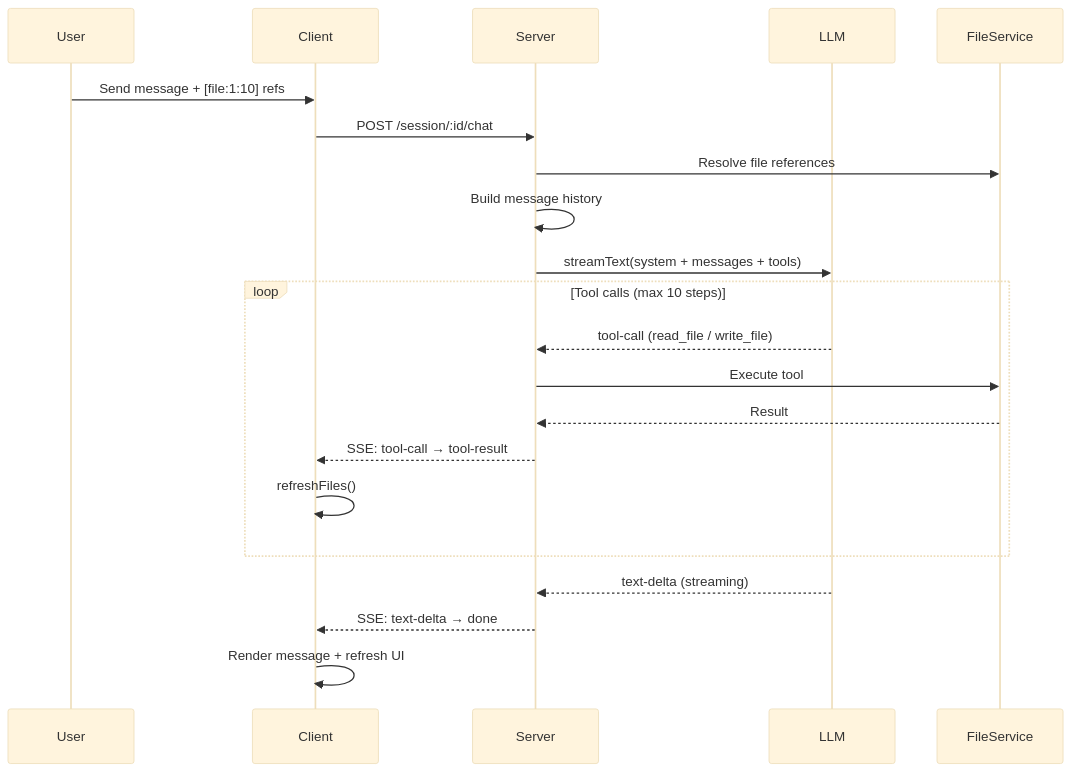
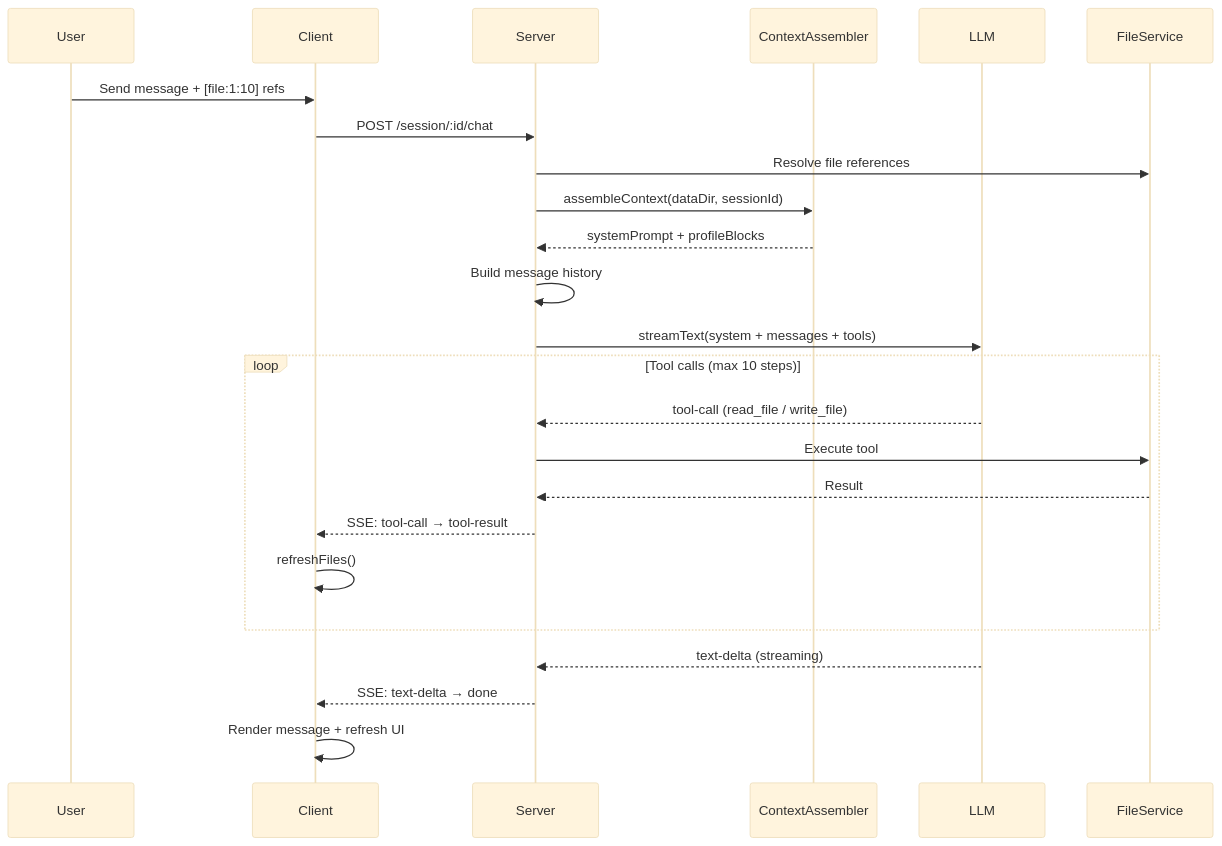
Before and after one commit to albert-zen/AgentTeacher-Tutor: the second of 4 diagrams in ARCHITECTURE.md, drawn with Mermaid (base theme). The commit also changed other lines of this file and 1 other file, not shown here.

Commit message:
docs: delete TEST_SPEC.md, update ARCHITECTURE.md to reflect current state

````diff
--- a/ARCHITECTURE.md
+++ b/ARCHITECTURE.md
@@ -55,26 +61,29 @@
 ```mermaid
 sequenceDiagram
     participant U as User
     participant C as Client
     participant S as Server
+    participant CA as ContextAssembler
     participant L as LLM
     participant F as FileService
 
     U->>C: Send message + [file:1:10] refs
     C->>S: POST /session/:id/chat
     S->>F: Resolve file references
+    S->>CA: assembleContext(dataDir, sessionId)
+    CA-->>S: systemPrompt + profileBlocks
     S->>S: Build message history
     S->>L: streamText(system + messages + tools)
 
     loop Tool calls (max 10 steps)
         L-->>S: tool-call (read_file / write_file)
         S->>F: Execute tool
         F-->>S: Result
         S-->>C: SSE: tool-call → tool-result
         C->>C: refreshFiles()
     end
 
     L-->>S: text-delta (streaming)
     S-->>C: SSE: text-delta → done
     C->>C: Render message + refresh UI
 ```
````
